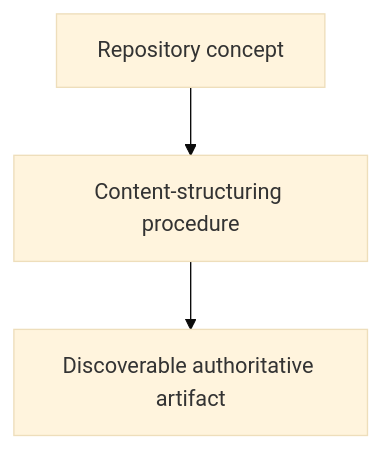
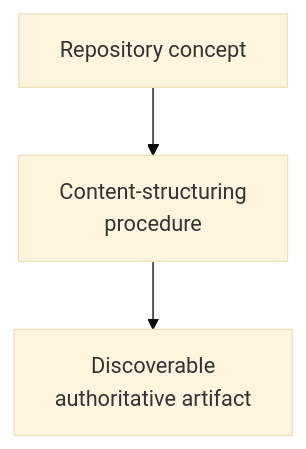
One commit to abstract-business-systems/as-is changed the diagram in skills/structuring-content/as-is.md. Above: the diagram before and after it, drawn with Mermaid (base theme). The commit also changed 47 other files, not shown here.

Commit message:
docs(diagrams): improve Mermaid readability validation

````diff
--- a/skills/structuring-content/as-is.md
+++ b/skills/structuring-content/as-is.md
@@ -22,5 +22,5 @@
 ```mermaid
 flowchart TD
-    A["Repository concept"] --> B["Content-structuring procedure"]
-    B --> C["Discoverable authoritative artifact"]
+    A["Repository concept"] --> B["Content-structuring<br/>procedure"]
+    B --> C["Discoverable<br/>authoritative artifact"]
 ```
````
